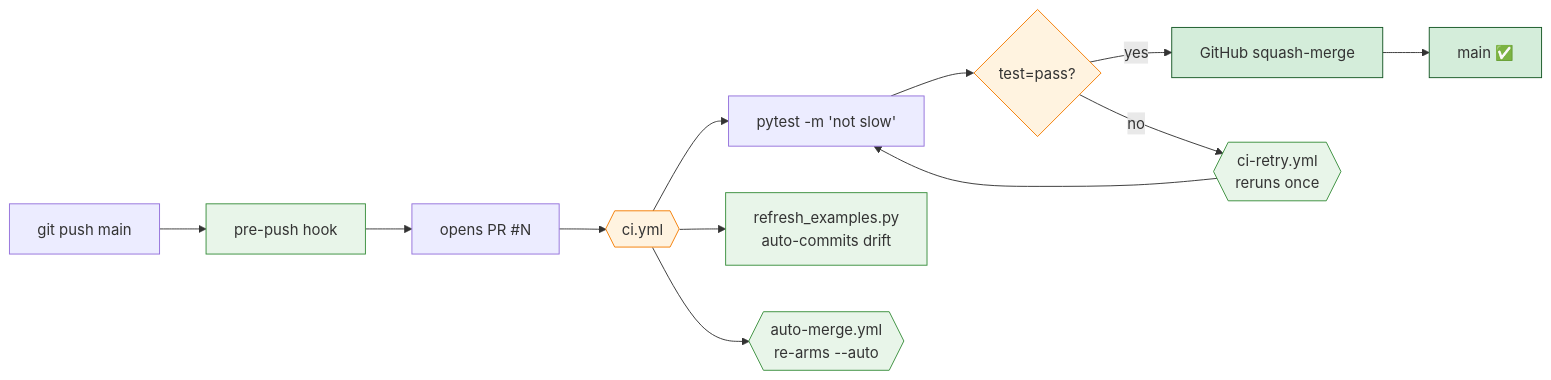
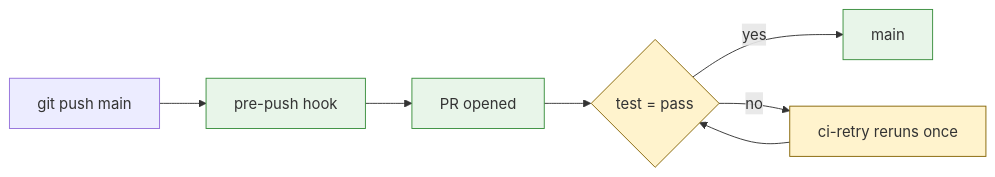
Before and after one commit to yhinai/true: the seventh of 8 diagrams in README.md, drawn with Mermaid. The commit also changed other lines of this file, not shown here.

Commit message:
docs: minimal README with fixed diagrams

````diff
--- a/README.md
+++ b/README.md
@@ -287,21 +266,14 @@
 ```mermaid
-graph LR
-    Push[git push main] --> PrePush[pre-push hook]
-    PrePush --> PR[opens PR #N]
-    PR --> CIWorkflow{{ci.yml}}
-    CIWorkflow --> Tests[pytest -m 'not slow']
-    CIWorkflow --> Refresh[refresh_examples.py<br/>auto-commits drift]
-    CIWorkflow --> AutoMerge{{auto-merge.yml<br/>re-arms --auto}}
-    Tests --> Green{test=pass?}
-    Green -- yes --> Squash[GitHub squash-merge]
-    Green -- no --> Retry{{ci-retry.yml<br/>reruns once}}
-    Retry --> Tests
-    Squash --> Main[main ✅]
+flowchart LR
+    P["git push main"] --> H["pre-push hook"]
+    H --> PR["PR opened"]
+    PR --> Gate{"test = pass"}
+    Gate -- "yes" --> M["main"]
+    Gate -- "no"  --> Re["ci-retry reruns once"]
+    Re --> Gate
 
-    classDef auto fill:#e8f5e9,stroke:#388e3c
-    classDef gate fill:#fff3e0,stroke:#f57c00
-    classDef done fill:#d4edda,stroke:#155724
-    class PrePush,Refresh,AutoMerge,Retry auto
-    class CIWorkflow,Green gate
-    class Main,Squash done
+    classDef g fill:#e8f5e9,stroke:#388e3c
+    classDef y fill:#fff3cd,stroke:#856404
+    class M,H,PR g
+    class Gate,Re y
 ```
````
